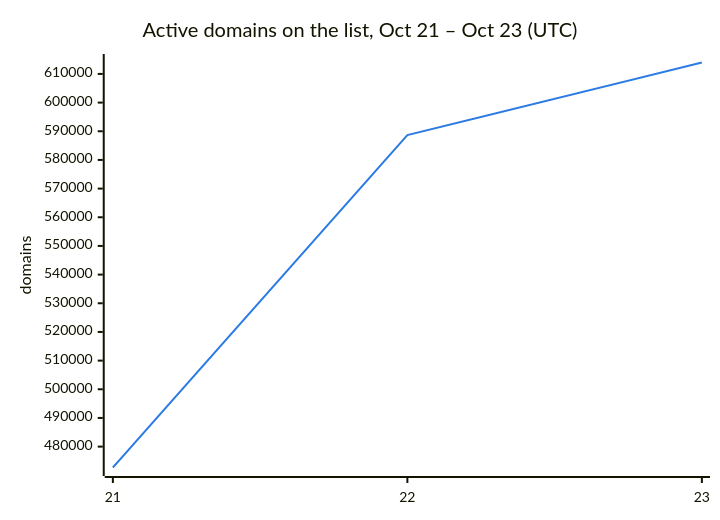
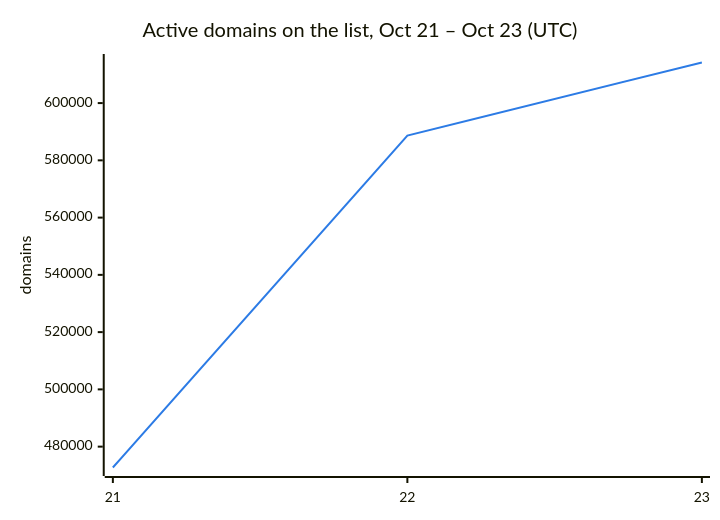
One commit to DNSBunker/CTI changed the second of 3 diagrams in README.md. Above: the diagram before and after it, drawn with Mermaid. The commit also changed other lines of this file and 3 other files, not shown here.

````diff
--- a/README.md
+++ b/README.md
@@ -38,8 +38,8 @@
 ```mermaid
 %%{init: {"themeVariables": {"xyChart": {"plotColorPalette": "#2c7be5"}}}}%%
 xychart-beta
     title "Active domains on the list, Oct 21 – Oct 23 (UTC)"
     x-axis ["21", "22", "23"]
     y-axis "domains"
-    line [472713, 588659, 613985]
+    line [472713, 588659, 614176]
 ```
````
